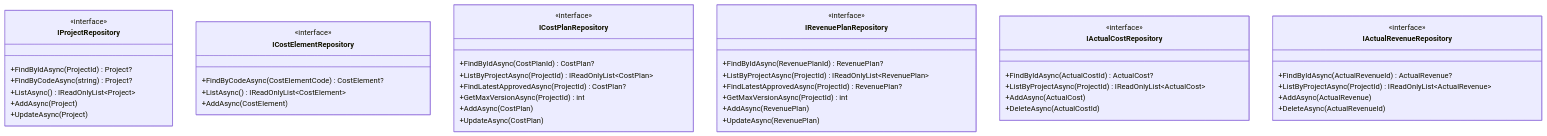
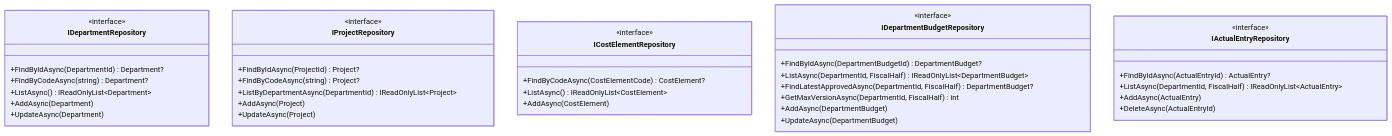
Before and after one commit to kyamanaka0923/fcpl-cost-management-system: the eighth of 9 diagrams in docs/DESIGN.md, drawn with Mermaid. The commit also changed other lines of this file and 8 other files, not shown here.

````diff
--- a/docs/DESIGN.md
+++ b/docs/DESIGN.md
@@ -297,49 +289,41 @@
 ```mermaid
 classDiagram
+    class IDepartmentRepository {
+        <<interface>>
+        +FindByIdAsync(DepartmentId) Department?
+        +FindByCodeAsync(string) Department?
+        +ListAsync() IReadOnlyList~Department~
+        +AddAsync(Department)
+        +UpdateAsync(Department)
+    }
     class IProjectRepository {
         <<interface>>
         +FindByIdAsync(ProjectId) Project?
         +FindByCodeAsync(string) Project?
-        +ListAsync() IReadOnlyList~Project~
+        +ListByDepartmentAsync(DepartmentId) IReadOnlyList~Project~
         +AddAsync(Project)
         +UpdateAsync(Project)
     }
     class ICostElementRepository {
         <<interface>>
         +FindByCodeAsync(CostElementCode) CostElement?
         +ListAsync() IReadOnlyList~CostElement~
         +AddAsync(CostElement)
     }
-    class ICostPlanRepository {
+    class IDepartmentBudgetRepository {
         <<interface>>
-        +FindByIdAsync(CostPlanId) CostPlan?
-        +ListByProjectAsync(ProjectId) IReadOnlyList~CostPlan~
-        +FindLatestApprovedAsync(ProjectId) CostPlan?
-        +GetMaxVersionAsync(ProjectId) int
-        +AddAsync(CostPlan)
-        +UpdateAsync(CostPlan)
+        +FindByIdAsync(DepartmentBudgetId) DepartmentBudget?
+        +ListAsync(DepartmentId, FiscalHalf) IReadOnlyList~DepartmentBudget~
+        +FindLatestApprovedAsync(DepartmentId, FiscalHalf) DepartmentBudget?
+        +GetMaxVersionAsync(DepartmentId, FiscalHalf) int
+        +AddAsync(DepartmentBudget)
+        +UpdateAsync(DepartmentBudget)
     }
-    class IRevenuePlanRepository {
+    class IActualEntryRepository {
         <<interface>>
-        +FindByIdAsync(RevenuePlanId) RevenuePlan?
-        +ListByProjectAsync(ProjectId) IReadOnlyList~RevenuePlan~
-        +FindLatestApprovedAsync(ProjectId) RevenuePlan?
-        +GetMaxVersionAsync(ProjectId) int
-        +AddAsync(RevenuePlan)
-        +UpdateAsync(RevenuePlan)
-    }
-    class IActualCostRepository {
-        <<interface>>
-        +FindByIdAsync(ActualCostId) ActualCost?
-        +ListByProjectAsync(ProjectId) IReadOnlyList~ActualCost~
-        +AddAsync(ActualCost)
-        +DeleteAsync(ActualCostId)
-    }
-    class IActualRevenueRepository {
-        <<interface>>
-        +FindByIdAsync(ActualRevenueId) ActualRevenue?
-        +ListByProjectAsync(ProjectId) IReadOnlyList~ActualRevenue~
-        +AddAsync(ActualRevenue)
-        +DeleteAsync(ActualRevenueId)
+        +FindByIdAsync(ActualEntryId) ActualEntry?
+        +ListAsync(DepartmentId, FiscalHalf) IReadOnlyList~ActualEntry~
+        +AddAsync(ActualEntry)
+        +DeleteAsync(ActualEntryId)
     }
 ```
````
